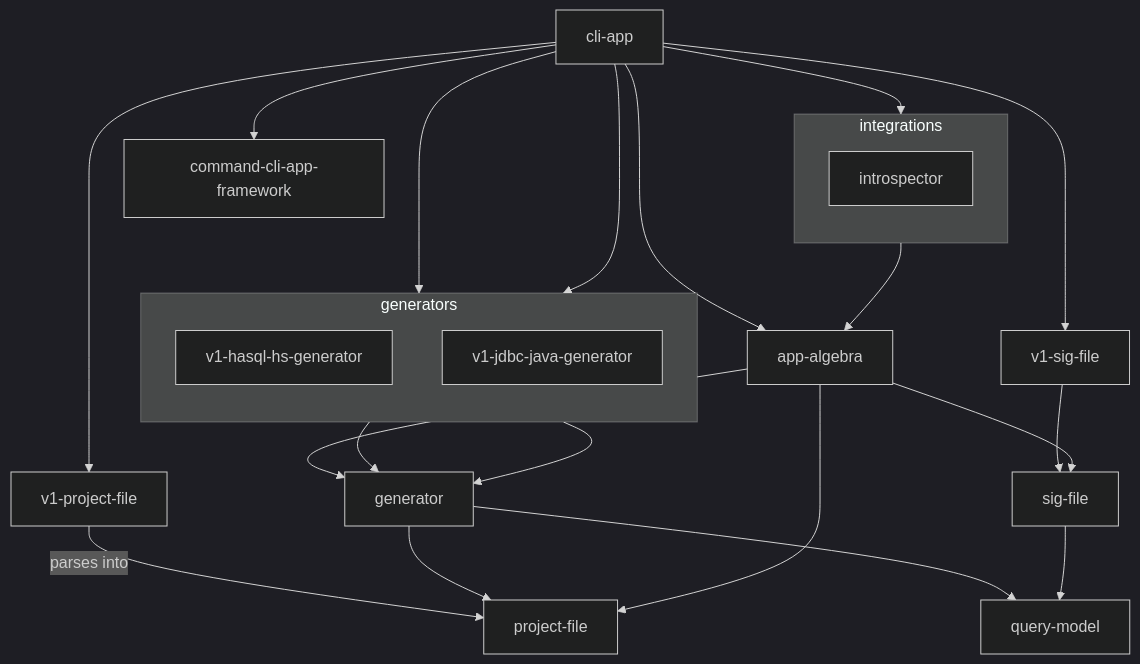
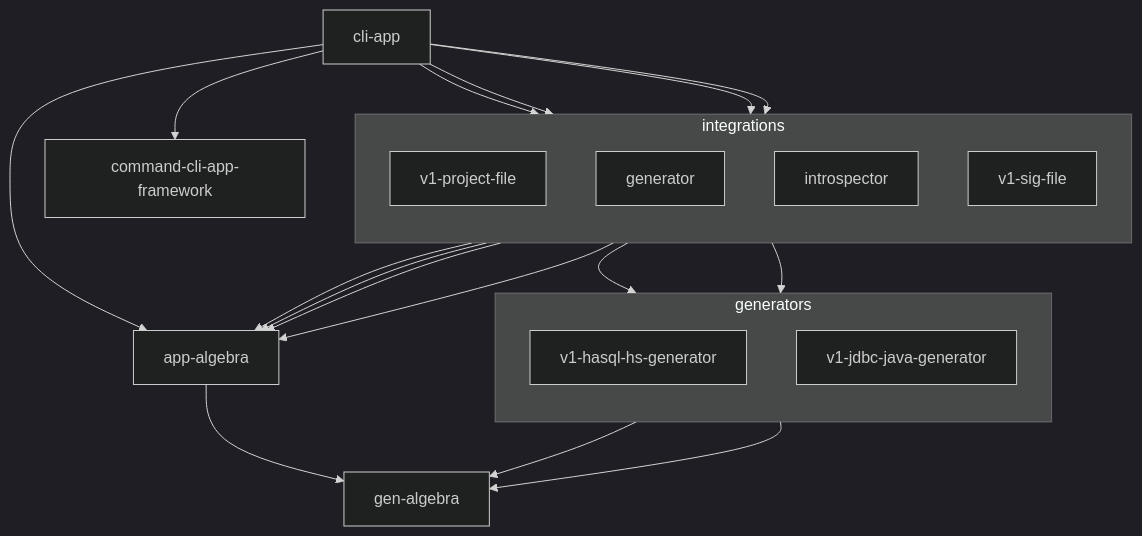
Before and after one commit to pgenie-io/pgenie: the diagram in design/lib-deps.mmd, drawn with Mermaid (dark theme).

Commit message:
Work on design

```diff
--- a/design/lib-deps.mmd
+++ b/design/lib-deps.mmd
@@ -1,33 +1,32 @@
 flowchart TD
 
 cli-app --> v1-project-file
-cli-app --> v1-hasql-hs-generator
-cli-app --> v1-jdbc-java-generator
-cli-app --> app-algebra
+cli-app --> generator
+generator --> v1-hasql-hs-generator
+generator --> v1-jdbc-java-generator
+generator --> app-algebra
 cli-app --> introspector
 cli-app--> v1-sig-file
 cli-app --> command-cli-app-framework
-v1-project-file -- parses into --> project-file
-generator --> project-file
-generator --> query-model
-v1-hasql-hs-generator --> generator
-v1-jdbc-java-generator --> generator
-app-algebra --> generator
-app-algebra --> project-file
-v1-sig-file --> sig-file
-app-algebra --> sig-file
-sig-file --> query-model
+v1-project-file --> app-algebra
+v1-hasql-hs-generator --> gen-algebra
+v1-jdbc-java-generator --> gen-algebra
+app-algebra --> gen-algebra
+v1-sig-file --> app-algebra
 introspector --> app-algebra
-
+cli-app --> app-algebra
 
 subgraph generators
   direction TB
   v1-hasql-hs-generator
   v1-jdbc-java-generator
 end
 
 subgraph integrations
   direction TB
+  generator
   introspector
+  v1-sig-file
+  v1-project-file
 
 end
```
